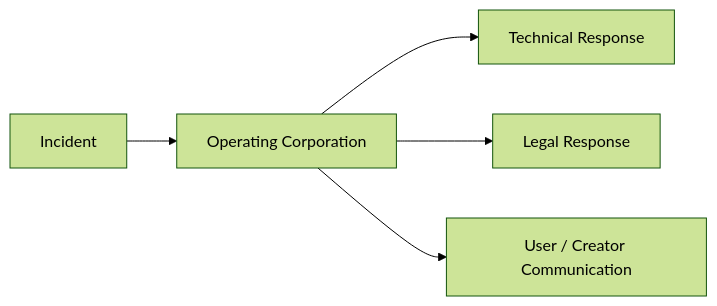
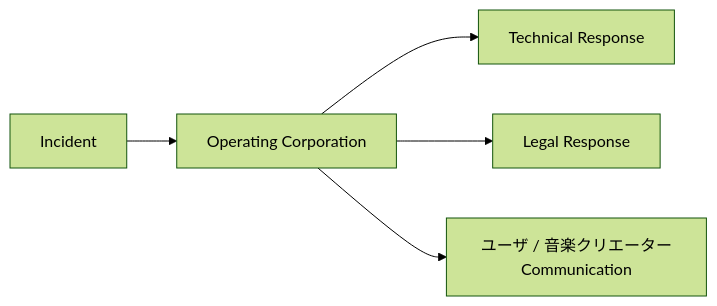
Before and after one commit to ShigeichiroYamasaki/creator-first-platform: diagram 40 of 48 in docs/whitepaper/10-security.md, drawn with Mermaid (forest theme). The commit also changed other lines of this file and 67 other files, not shown here.

````diff
--- a/docs/whitepaper/10-security.md
+++ b/docs/whitepaper/10-security.md
@@ -1264,13 +1264,13 @@
 ```mermaid
 flowchart LR
     INCIDENT[Incident]
     CORP[Operating Corporation]
     TECH[Technical Response]
     LEGAL[Legal Response]
-    USERS[User / Creator Communication]
+    USERS[ユーザ / 音楽クリエーターCommunication]
 
     INCIDENT --> CORP
     CORP --> TECH
     CORP --> LEGAL
     CORP --> USERS
 ```
````
